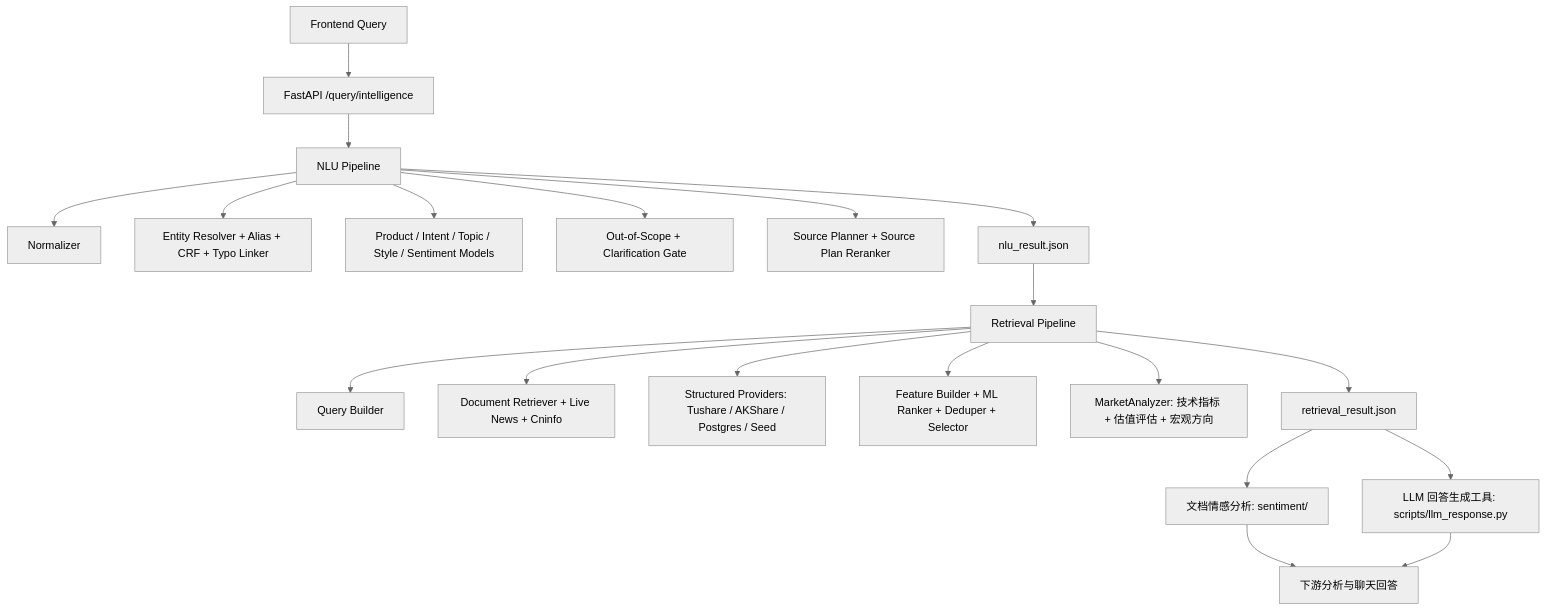
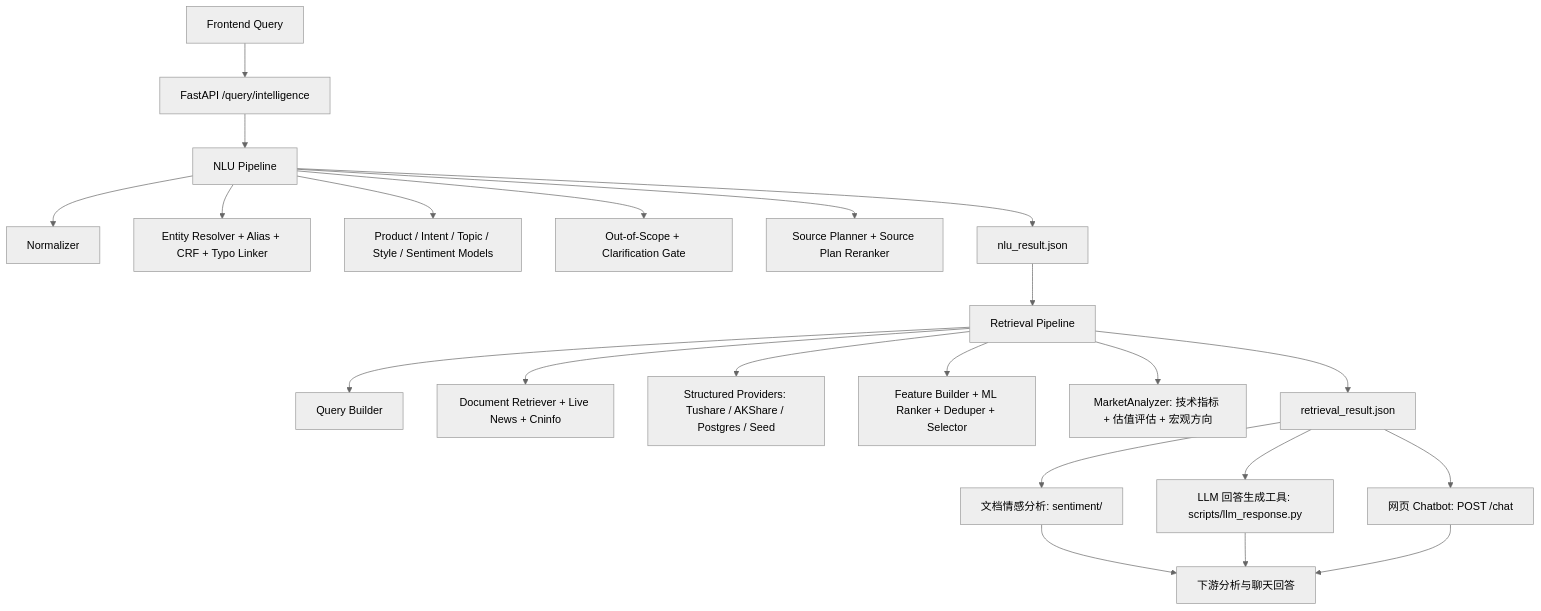
Before and after one commit to OldLigant/ARIN7102: the first of 2 diagrams in README_CN.md, drawn with Mermaid (neutral theme). The commit also changed other lines of this file and 18 other files, not shown here.

````diff
--- a/README_CN.md
+++ b/README_CN.md
@@ -578,22 +602,24 @@
 ```mermaid
 flowchart TD
   A["Frontend Query"] --> B["FastAPI /query/intelligence"]
   B --> C["NLU Pipeline"]
   C --> C1["Normalizer"]
   C --> C2["Entity Resolver + Alias + CRF + Typo Linker"]
   C --> C3["Product / Intent / Topic / Style / Sentiment Models"]
   C --> C4["Out-of-Scope + Clarification Gate"]
   C --> C5["Source Planner + Source Plan Reranker"]
   C --> D["nlu_result.json"]
   D --> E["Retrieval Pipeline"]
   E --> E1["Query Builder"]
   E --> E2["Document Retriever + Live News + Cninfo"]
   E --> E3["Structured Providers: Tushare / AKShare / Postgres / Seed"]
   E --> E4["Feature Builder + ML Ranker + Deduper + Selector"]
   E --> E5["MarketAnalyzer: 技术指标 + 估值评估 + 宏观方向"]
   E --> F["retrieval_result.json"]
   F --> G["文档情感分析: sentiment/"]
   F --> H["LLM 回答生成工具: scripts/llm_response.py"]
+  F --> J["网页 Chatbot: POST /chat"]
   G --> I["下游分析与聊天回答"]
   H --> I
+  J --> I
 ```
````
